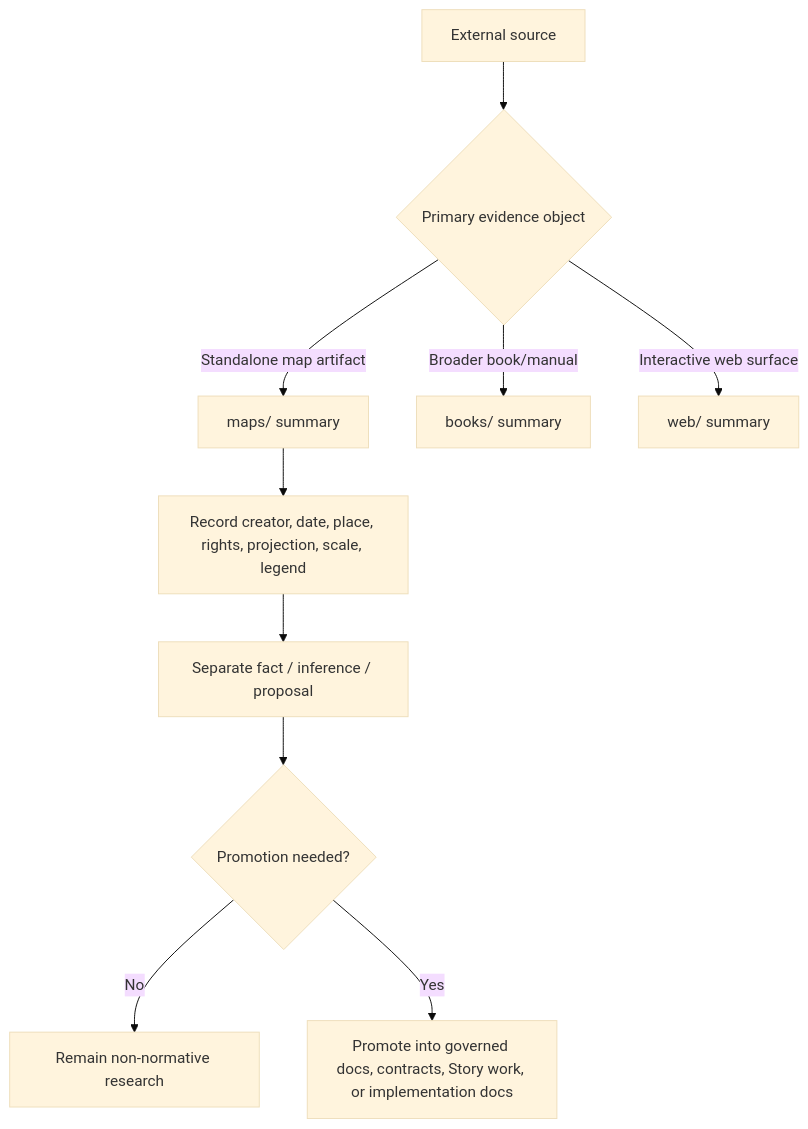
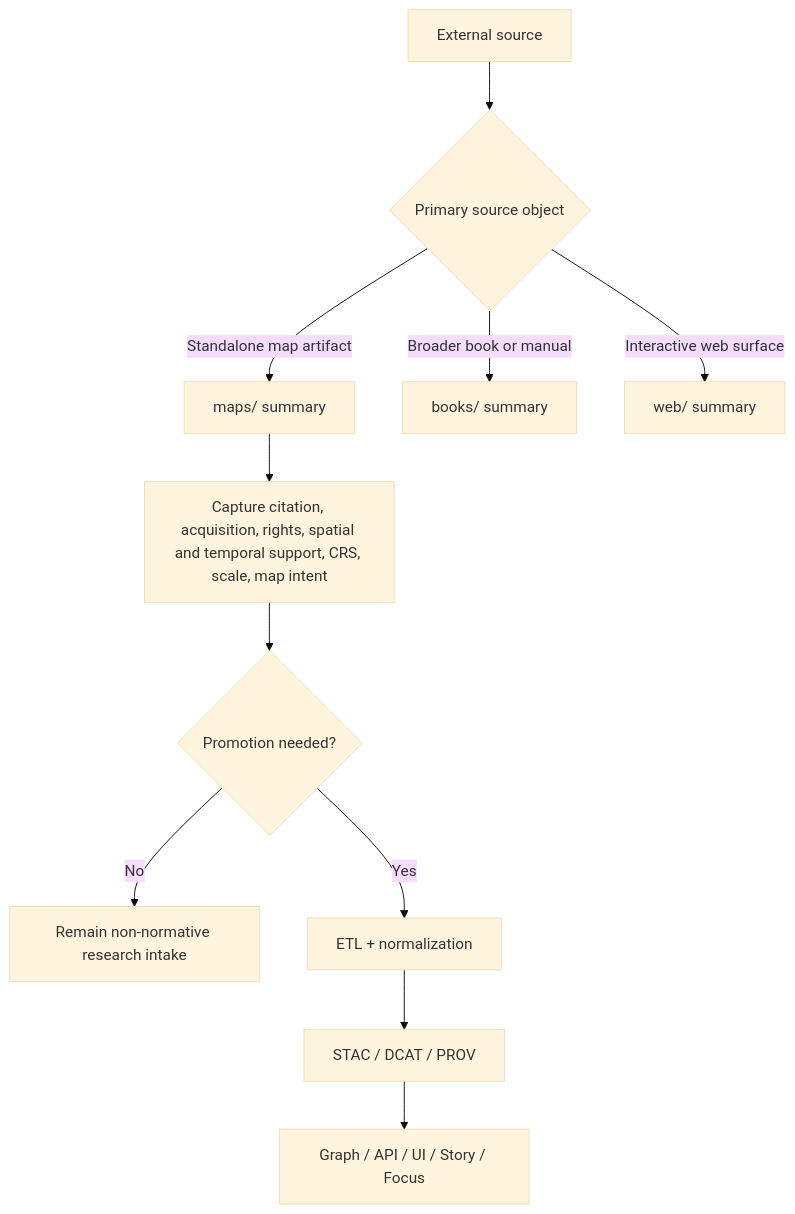
One commit to bartytime4life/Kansas-Frontier-Matrix changed the diagram in docs/research/source_summaries/by_type/maps/README.md. Above: the diagram before and after it, drawn with Mermaid (base theme). The commit also changed other lines of this file, not shown here.

````diff
--- a/docs/research/source_summaries/by_type/maps/README.md
+++ b/docs/research/source_summaries/by_type/maps/README.md
@@ -171,13 +166,14 @@
 ```mermaid
 flowchart TD
-    A[External source] --> B{Primary evidence object}
+    A[External source] --> B{Primary source object}
     B -->|Standalone map artifact| C[maps/ summary]
-    B -->|Broader book/manual| D[books/ summary]
+    B -->|Broader book or manual| D[books/ summary]
     B -->|Interactive web surface| E[web/ summary]
 
-    C --> F[Record creator, date, place, rights, projection, scale, legend]
-    F --> G[Separate fact / inference / proposal]
-    G --> H{Promotion needed?}
-    H -->|No| I[Remain non-normative research]
-    H -->|Yes| J[Promote into governed docs, contracts, Story work, or implementation docs]
+    C --> F[Capture citation, acquisition, rights, spatial and temporal support, CRS, scale, map intent]
+    F --> G{Promotion needed?}
+    G -->|No| H[Remain non-normative research intake]
+    G -->|Yes| I[ETL + normalization]
+    I --> J[STAC / DCAT / PROV]
+    J --> K[Graph / API / UI / Story / Focus]
 ```
````
